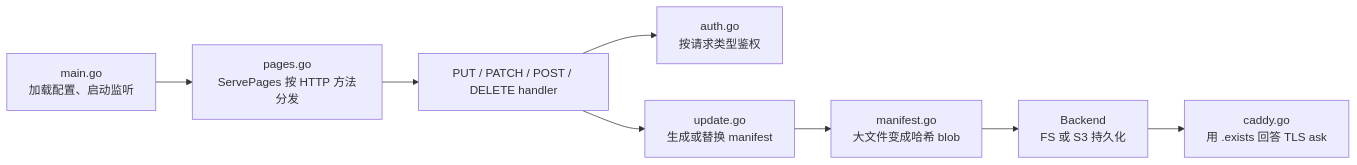
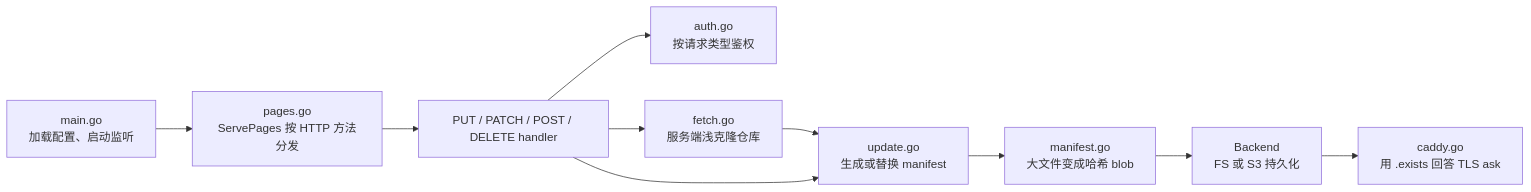
Before and after one commit to TMYTiMidlY/skills: the second of 2 diagrams in skills/.curated/software/references/git-pages.md, drawn with Mermaid. The commit also changed other lines of this file, not shown here.

````diff
--- a/skills/.curated/software/references/git-pages.md
+++ b/skills/.curated/software/references/git-pages.md
@@ -569,10 +586,12 @@
 ```mermaid
 flowchart LR
   A["main.go<br/>加载配置、启动监听"] --> B["pages.go<br/>ServePages 按 HTTP 方法分发"]
   B --> C["PUT / PATCH / POST / DELETE handler"]
   C --> D["auth.go<br/>按请求类型鉴权"]
+  C --> R["fetch.go<br/>服务端浅克隆仓库"]
+  R --> E
   C --> E["update.go<br/>生成或替换 manifest"]
   E --> F["manifest.go<br/>大文件变成哈希 blob"]
   F --> G["Backend<br/>FS 或 S3 持久化"]
   G --> H["caddy.go<br/>用 .exists 回答 TLS ask"]
 ```
````
